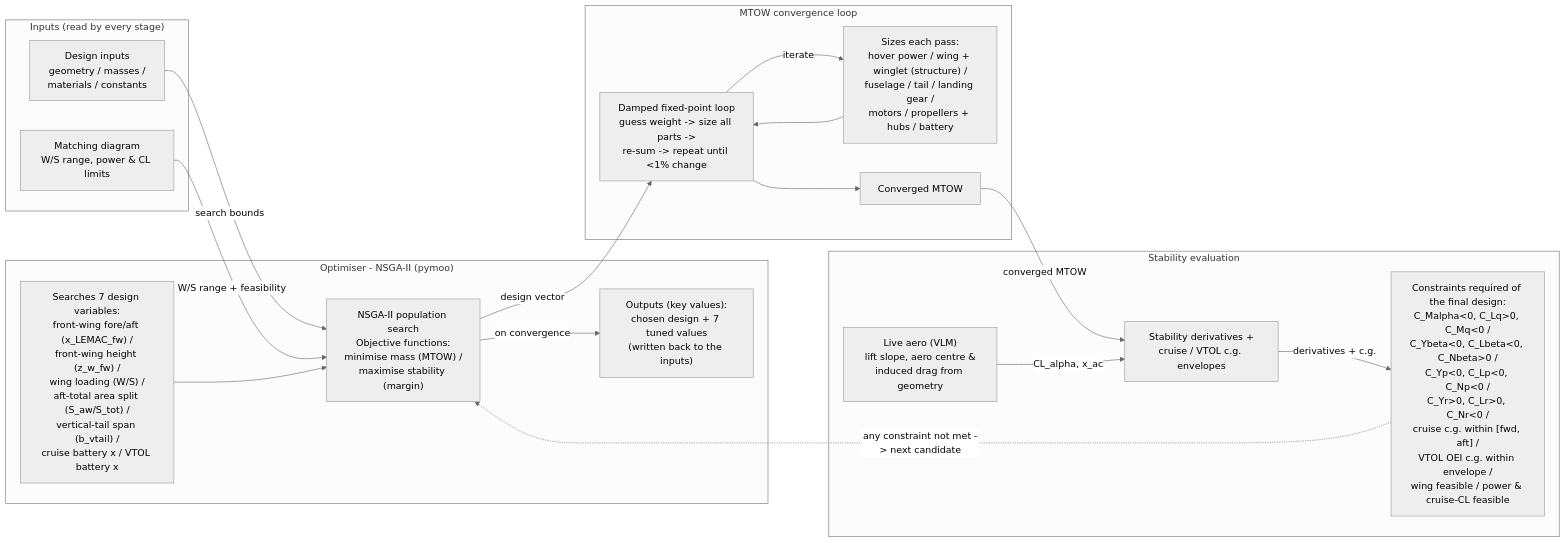
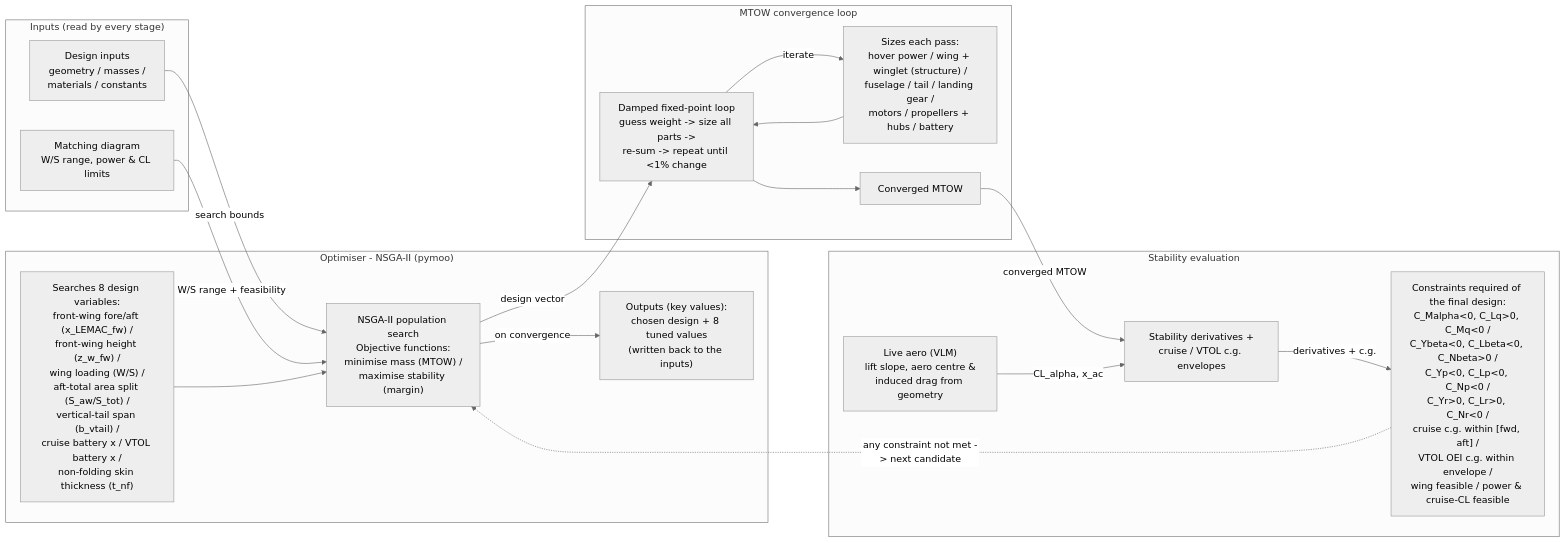
One commit to TGAJB/Prandtl-plane-EVTOL changed the second of 2 diagrams in docs/architecture/architecture.md. Above: the diagram before and after it, drawn with Mermaid (neutral theme). The commit also changed 4 other files, not shown here.

````diff
--- a/docs/architecture/architecture.md
+++ b/docs/architecture/architecture.md
@@ -175,34 +175,34 @@
 ```mermaid
 flowchart LR
   subgraph cl_src["Inputs (read by every stage)"]
     in_design["Design inputs<br/>geometry / masses /<br/>materials / constants"]
     in_match["Matching diagram<br/>W/S range, power & CL limits"]
   end
   subgraph cl_opt["Optimiser - NSGA-II (pymoo)"]
-    opt_vars["Searches 7 design variables:<br/>front-wing fore/aft (x_LEMAC_fw) /<br/>front-wing height (z_w_fw) /<br/>wing loading (W/S) /<br/>aft-total area split (S_aw/S_tot) /<br/>vertical-tail span (b_vtail) /<br/>cruise battery x / VTOL battery x"]
+    opt_vars["Searches 8 design variables:<br/>front-wing fore/aft (x_LEMAC_fw) /<br/>front-wing height (z_w_fw) /<br/>wing loading (W/S) /<br/>aft-total area split (S_aw/S_tot) /<br/>vertical-tail span (b_vtail) /<br/>cruise battery x / VTOL battery x /<br/>non-folding skin thickness (t_nf)"]
     opt_main["NSGA-II population search<br/>Objective functions:<br/>minimise mass (MTOW) /<br/>maximise stability (margin)"]
-    opt_out["Outputs (key values):<br/>chosen design + 7 tuned values<br/>(written back to the inputs)"]
+    opt_out["Outputs (key values):<br/>chosen design + 8 tuned values<br/>(written back to the inputs)"]
   end
   subgraph cl_mtow["MTOW convergence loop"]
     mtow_loop["Damped fixed-point loop<br/>guess weight -> size all parts -><br/>re-sum -> repeat until <1% change"]
     mtow_parts["Sizes each pass:<br/>hover power / wing + winglet (structure) /<br/>fuselage / tail / landing gear /<br/>motors / propellers + hubs / battery"]
     mtow_out["Converged MTOW"]
   end
   subgraph cl_stab["Stability evaluation"]
     stab_aero["Live aero (VLM)<br/>lift slope, aero centre &<br/>induced drag from geometry"]
     stab_eval["Stability derivatives +<br/>cruise / VTOL c.g. envelopes"]
     stab_con["Constraints required of the final design:<br/>C_Malpha<0, C_Lq>0, C_Mq<0 /<br/>C_Ybeta<0, C_Lbeta<0, C_Nbeta>0 /<br/>C_Yp<0, C_Lp<0, C_Np<0 /<br/>C_Yr>0, C_Lr>0, C_Nr<0 /<br/>cruise c.g. within [fwd, aft] /<br/>VTOL OEI c.g. within envelope /<br/>wing feasible / power & cruise-CL feasible"]
   end
   in_design -->|search bounds| opt_main
   in_match -->|W/S range + feasibility| opt_main
   opt_vars --> opt_main
   opt_main -->|on convergence| opt_out
   opt_main -->|design vector| mtow_loop
   mtow_loop -->|iterate| mtow_parts
   mtow_parts --> mtow_loop
   mtow_loop --> mtow_out
   mtow_out -->|converged MTOW| stab_eval
   stab_aero -->|CL_alpha, x_ac| stab_eval
   stab_eval -->|derivatives + c.g.| stab_con
   stab_con -.->|any constraint not met -> next candidate| opt_main
 ```
````
